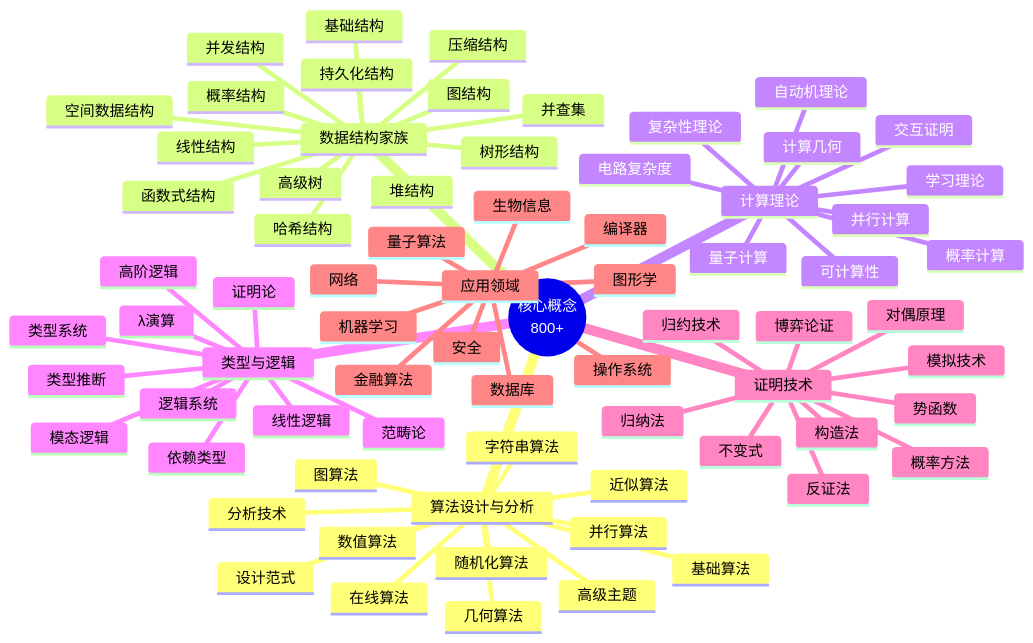
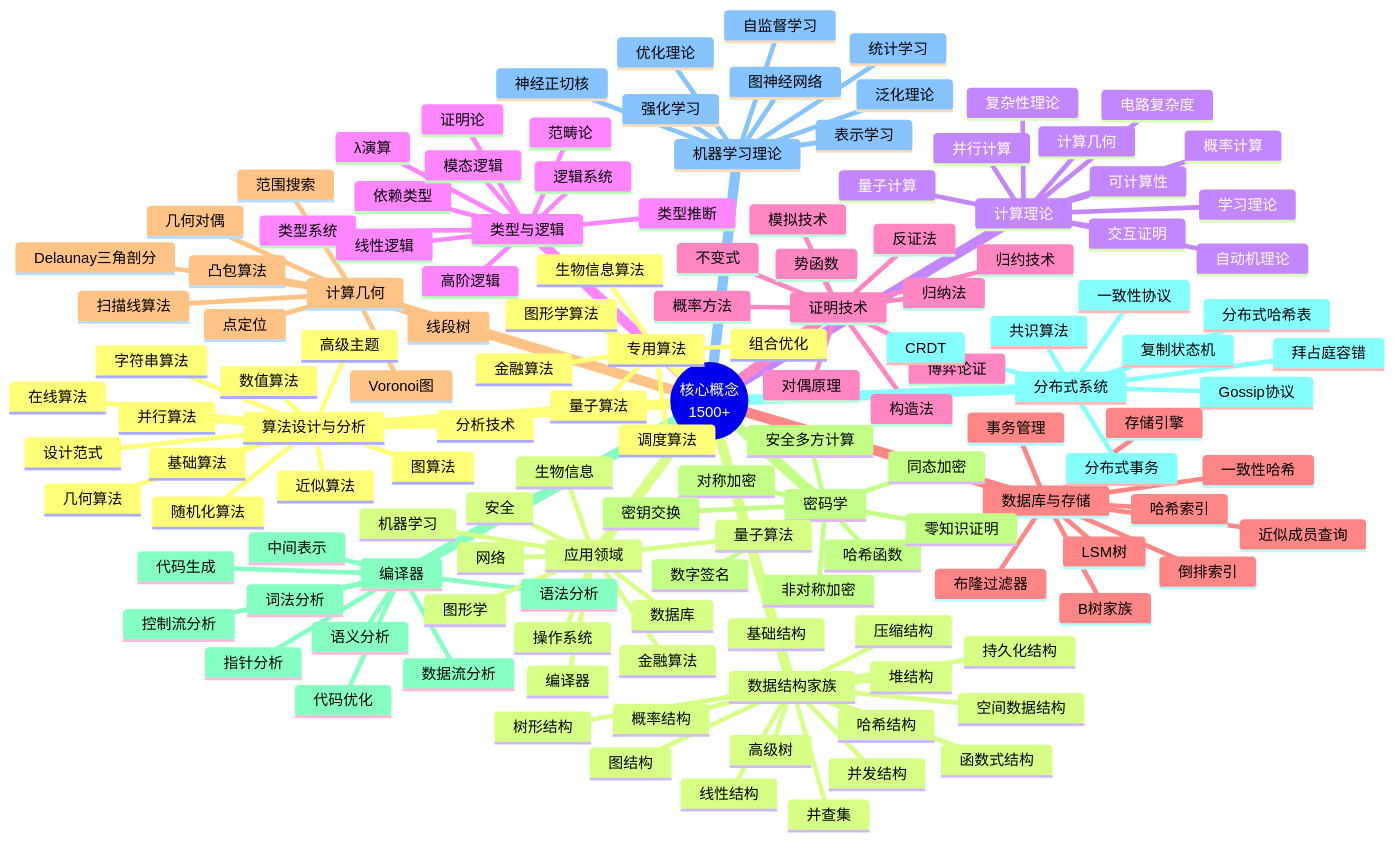
Before and after one commit to AdaMartin18010/FormalAlgorithm: the first of 3 diagrams in docs/知识体系/核心概念总纲.md, drawn with Mermaid. The commit also changed other lines of this file and 6 other files, not shown here.

````diff
--- a/docs/知识体系/核心概念总纲.md
+++ b/docs/知识体系/核心概念总纲.md
@@ -45,6 +59,6 @@
 ```mermaid
 mindmap
-  root((核心概念<br/>800+))
+  root((核心概念<br/>1500+))
     算法设计与分析
       基础算法
       设计范式
@@ -106,6 +120,69 @@
       不变式
       模拟技术
       博弈论证
+    数据库与存储
+      B树家族
+      LSM树
+      哈希索引
+      倒排索引
+      存储引擎
+      事务管理
+      一致性哈希
+      布隆过滤器
+      近似成员查询
+    计算几何
+      凸包算法
+      Voronoi图
+      Delaunay三角剖分
+      线段树
+      扫描线算法
+      点定位
+      范围搜索
+      几何对偶
+    密码学
+      对称加密
+      非对称加密
+      数字签名
+      哈希函数
+      密钥交换
+      零知识证明
+      同态加密
+      安全多方计算
+    编译器
+      词法分析
+      语法分析
+      中间表示
+      语义分析
+      数据流分析
+      控制流分析
+      指针分析
+      代码优化
+      代码生成
+    分布式系统
+      一致性协议
+      共识算法
+      分布式事务
+      CRDT
+      Gossip协议
+      拜占庭容错
+      分布式哈希表
+      复制状态机
+    机器学习理论
+      优化理论
+      统计学习
+      强化学习
+      图神经网络
+      自监督学习
+      神经正切核
+      泛化理论
+      表示学习
+    专用算法
+      生物信息算法
+      金融算法
+      图形学算法
+      量子算法
+      组合优化
+      调度算法
     应用领域
       编译器
       操作系统
````
